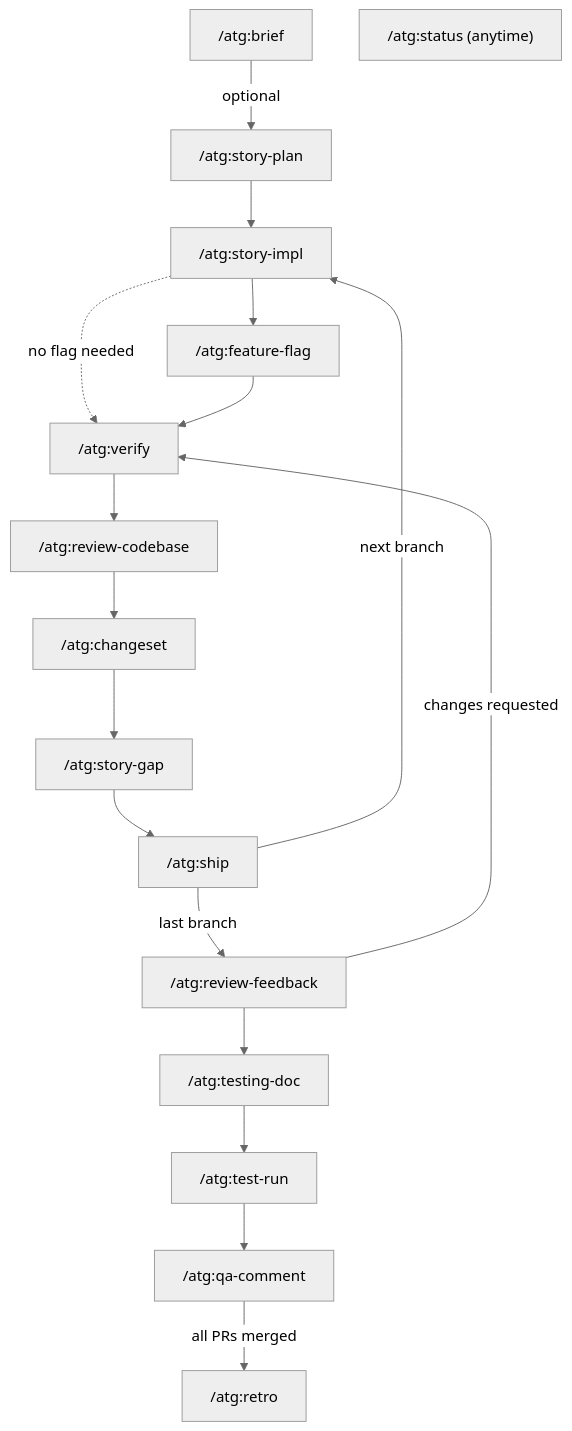
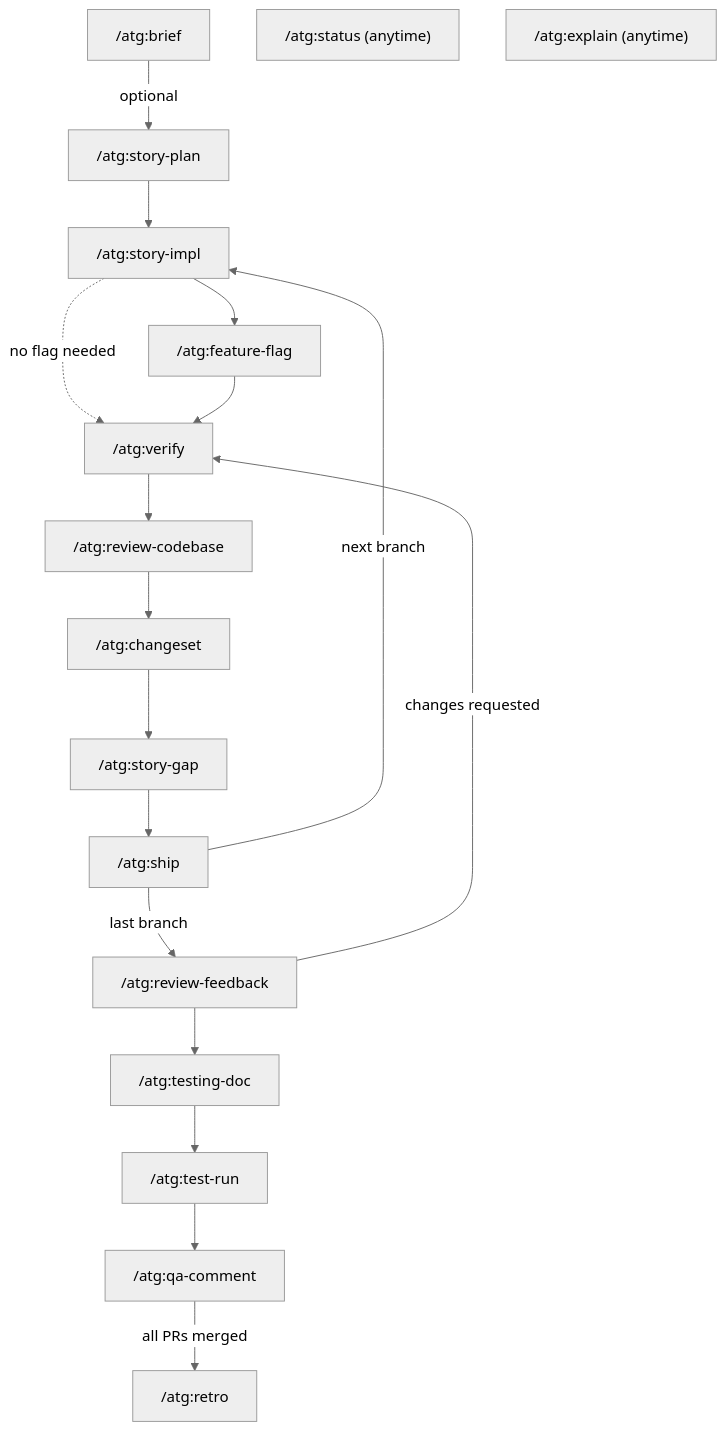
One commit to fcastillo-atg/atg-agent-kit changed the diagram in commands/atg/README.md. Above: the diagram before and after it, drawn with Mermaid (neutral theme). The commit also changed other lines of this file and 3 other files, not shown here.

First line of the commit message:
Add /atg:explain plain-language change brief command.

````diff
--- a/commands/atg/README.md
+++ b/commands/atg/README.md
@@ -145,21 +149,22 @@
 ```mermaid
 flowchart TD
     BRIEF["/atg:brief"] -->|optional| PLAN["/atg:story-plan"]
     PLAN --> IMPL["/atg:story-impl"]
     IMPL --> FLAG["/atg:feature-flag"]
     IMPL -.->|no flag needed| VERIFY
     FLAG --> VERIFY["/atg:verify"]
     VERIFY --> REVIEWCODE["/atg:review-codebase"]
     REVIEWCODE --> CHANGESET["/atg:changeset"]
     CHANGESET --> GAP["/atg:story-gap"]
     GAP --> SHIP["/atg:ship"]
     SHIP -->|next branch| IMPL
     SHIP -->|last branch| REVIEWFB["/atg:review-feedback"]
     REVIEWFB -->|changes requested| VERIFY
     REVIEWFB --> TESTDOC["/atg:testing-doc"]
     TESTDOC --> TESTRUN["/atg:test-run"]
     TESTRUN --> QACOMMENT["/atg:qa-comment"]
     QACOMMENT -->|all PRs merged| RETRO["/atg:retro"]
 
     STATUS["/atg:status (anytime)"]
+    EXPLAIN["/atg:explain (anytime)"]
 ```
````
